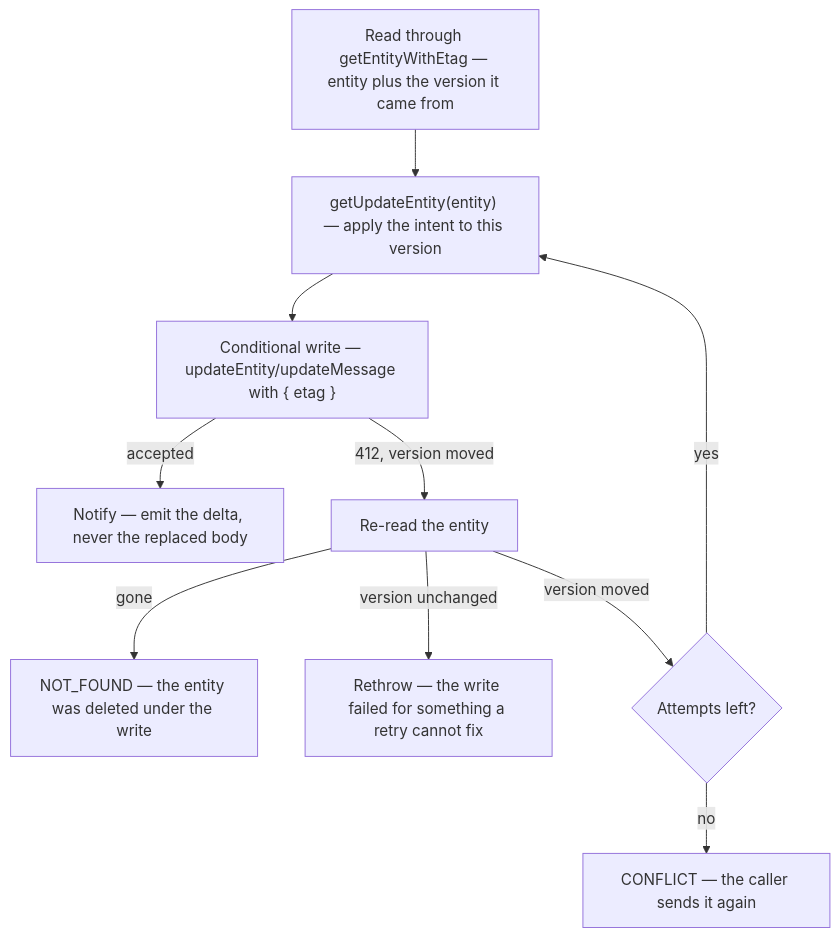
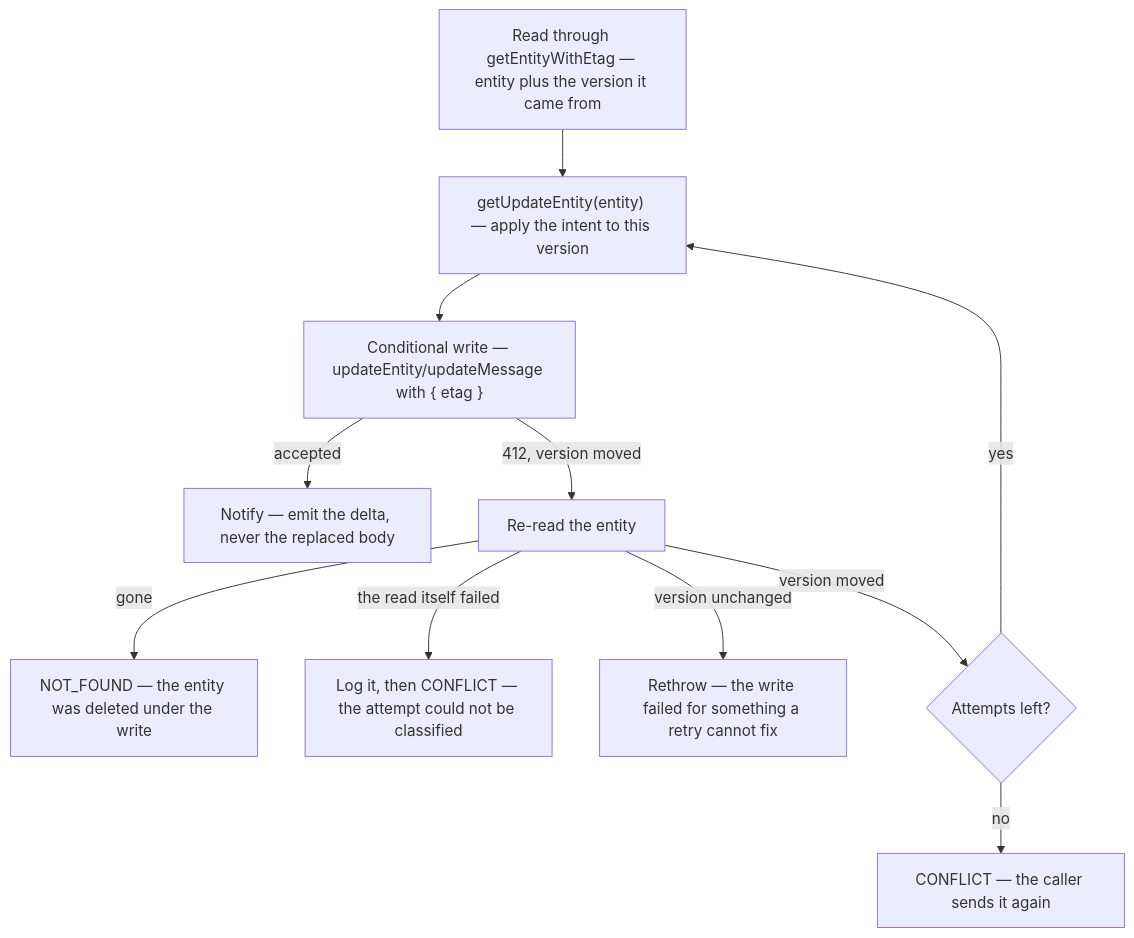
One commit to Esposter/Esposter changed the diagram in packages/app/content/docs/architecture/conditional-writes.md. Above: the diagram before and after it, drawn with Mermaid. The commit also changed other lines of this file and 7 other files, not shown here.

First line of the commit message:
fix(azure): distinguish an absent entity from a read that failed

````diff
--- a/packages/app/content/docs/architecture/conditional-writes.md
+++ b/packages/app/content/docs/architecture/conditional-writes.md
@@ -30,12 +30,13 @@
 ```mermaid
 flowchart TD
   R["Read through getEntityWithEtag — entity plus the version it came from"] --> D["getUpdateEntity(entity) — apply the intent to this version"]
   D --> W["Conditional write — updateEntity/updateMessage with { etag }"]
   W -->|"accepted"| N["Notify — emit the delta, never the replaced body"]
   W -->|"412, version moved"| RR["Re-read the entity"]
   RR -->|"gone"| NF["NOT_FOUND — the entity was deleted under the write"]
+  RR -->|"the read itself failed"| RF["Log it, then CONFLICT — the attempt could not be classified"]
   RR -->|"version unchanged"| PE["Rethrow — the write failed for something a retry cannot fix"]
   RR -->|"version moved"| B{"Attempts left?"}
   B -->|"yes"| D
   B -->|"no"| C["CONFLICT — the caller sends it again"]
 ```
````
